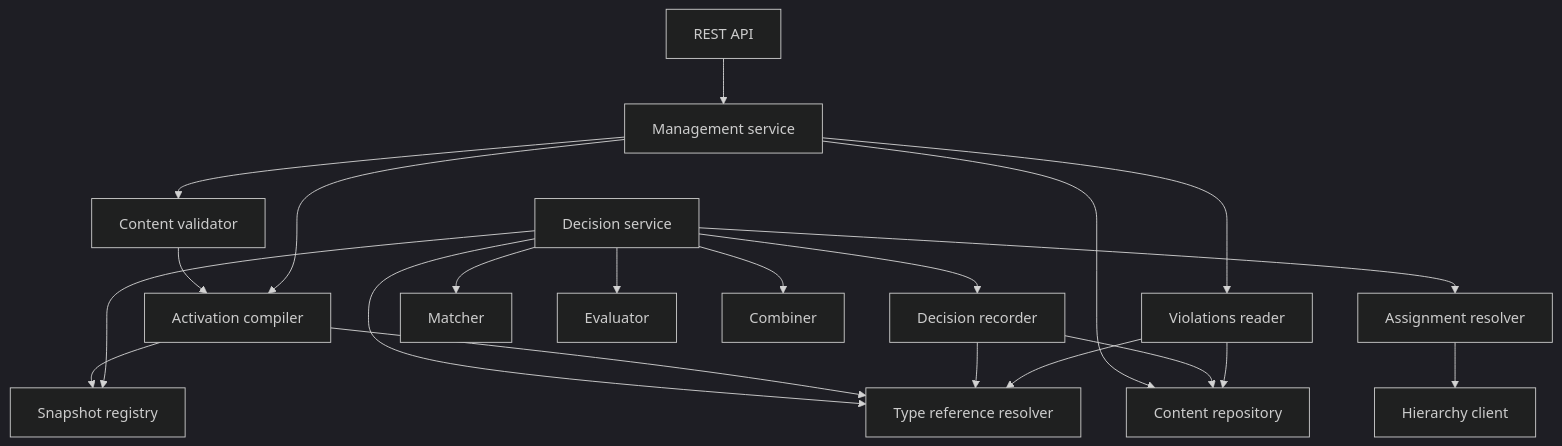
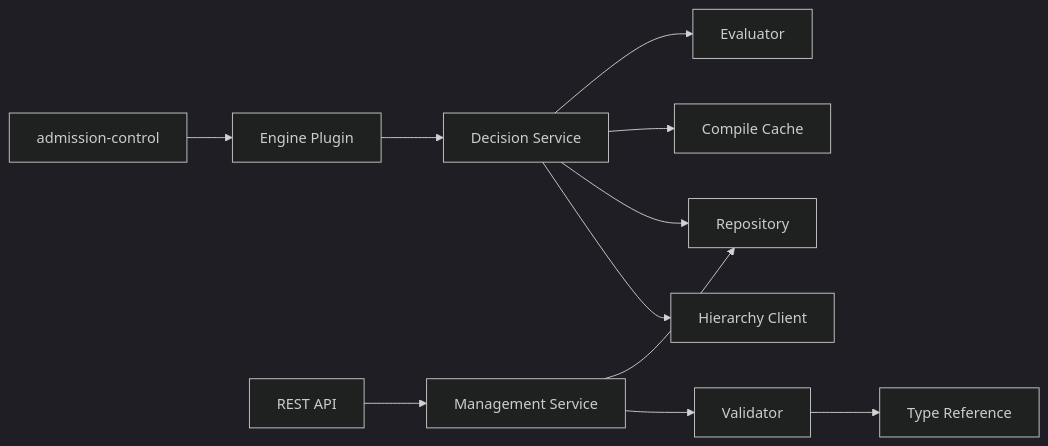
Before and after one commit to constructorfabric/gears-rust: the first of 3 diagrams in gears/system/policy-engine/docs/DESIGN.md, drawn with Mermaid (dark theme). The commit also changed other lines of this file and 129 other files, not shown here.

Commit message:
feat: add the admission-control and policy-engine gears, backed by Rego evaluation

````diff
--- a/gears/system/policy-engine/docs/DESIGN.md
+++ b/gears/system/policy-engine/docs/DESIGN.md
@@ -328,23 +193,13 @@
 ```mermaid
-graph TD
-    REST[REST API] --> MGMT[Management service]
-    MGMT --> VAL[Content validator]
-    MGMT --> REPO[Content repository]
-    MGMT --> VIO[Violations reader]
-    VAL --> COMP[Activation compiler]
-    MGMT --> COMP
-    COMP --> SNAP[Snapshot registry]
-    DEC[Decision service] --> SNAP
-    DEC --> AR[Assignment resolver]
-    DEC --> MATCH[Matcher]
-    DEC --> EVAL[Evaluator]
-    DEC --> COMB[Combiner]
-    DEC --> REC[Decision recorder]
-    DEC --> REF[Type reference resolver]
-    COMP --> REF
-    REC --> REF
-    VIO --> REF
-    AR --> HC[Hierarchy client]
-    REC --> REPO
-    VIO --> REPO
+flowchart LR
+    GW[admission-control] --> PL[Engine Plugin]
+    PL --> DS[Decision Service]
+    DS --> HC[Hierarchy Client]
+    DS --> RP[Repository]
+    DS --> CC[Compile Cache]
+    DS --> EV[Evaluator]
+    REST[REST API] --> MG[Management Service]
+    MG --> VA[Validator]
+    VA --> TR[Type Reference]
+    MG --> RP
 ```
````
